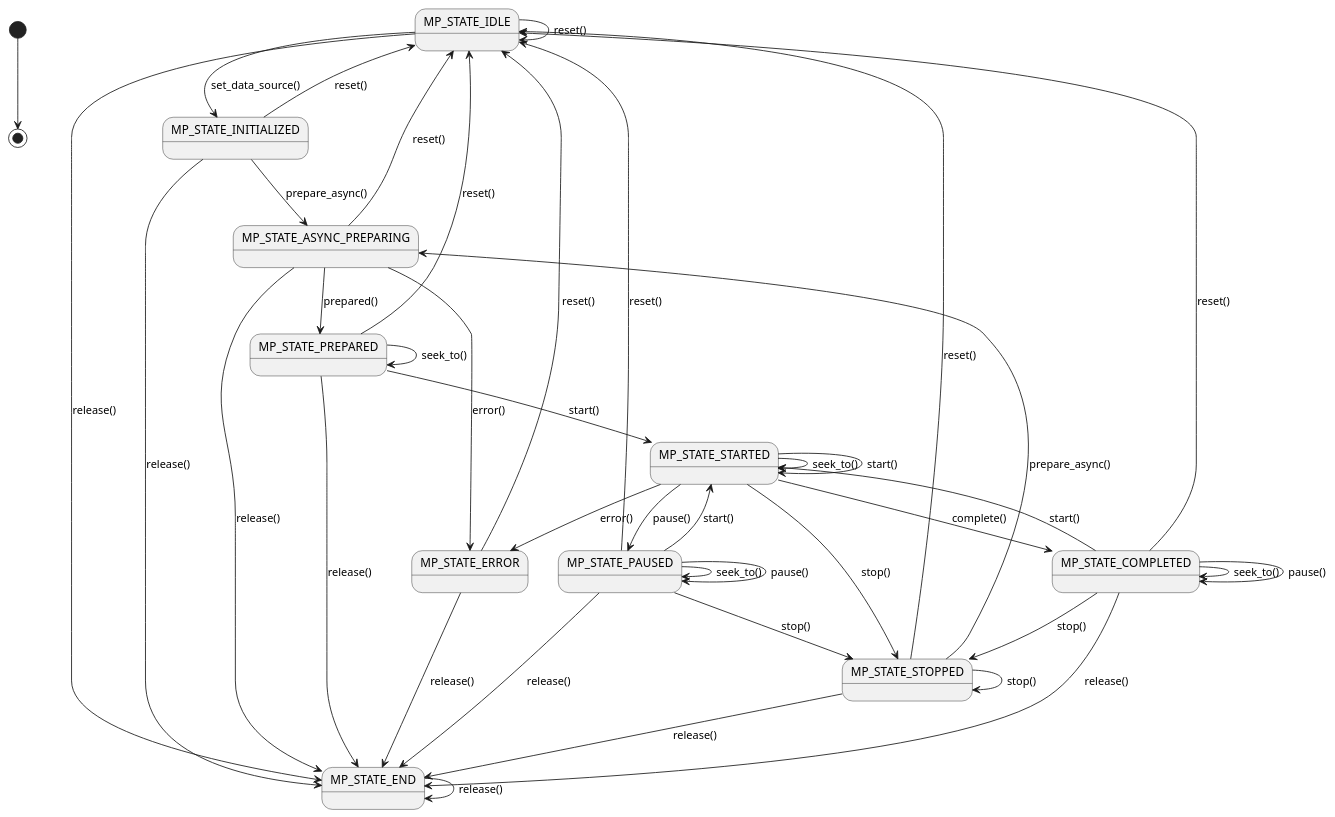
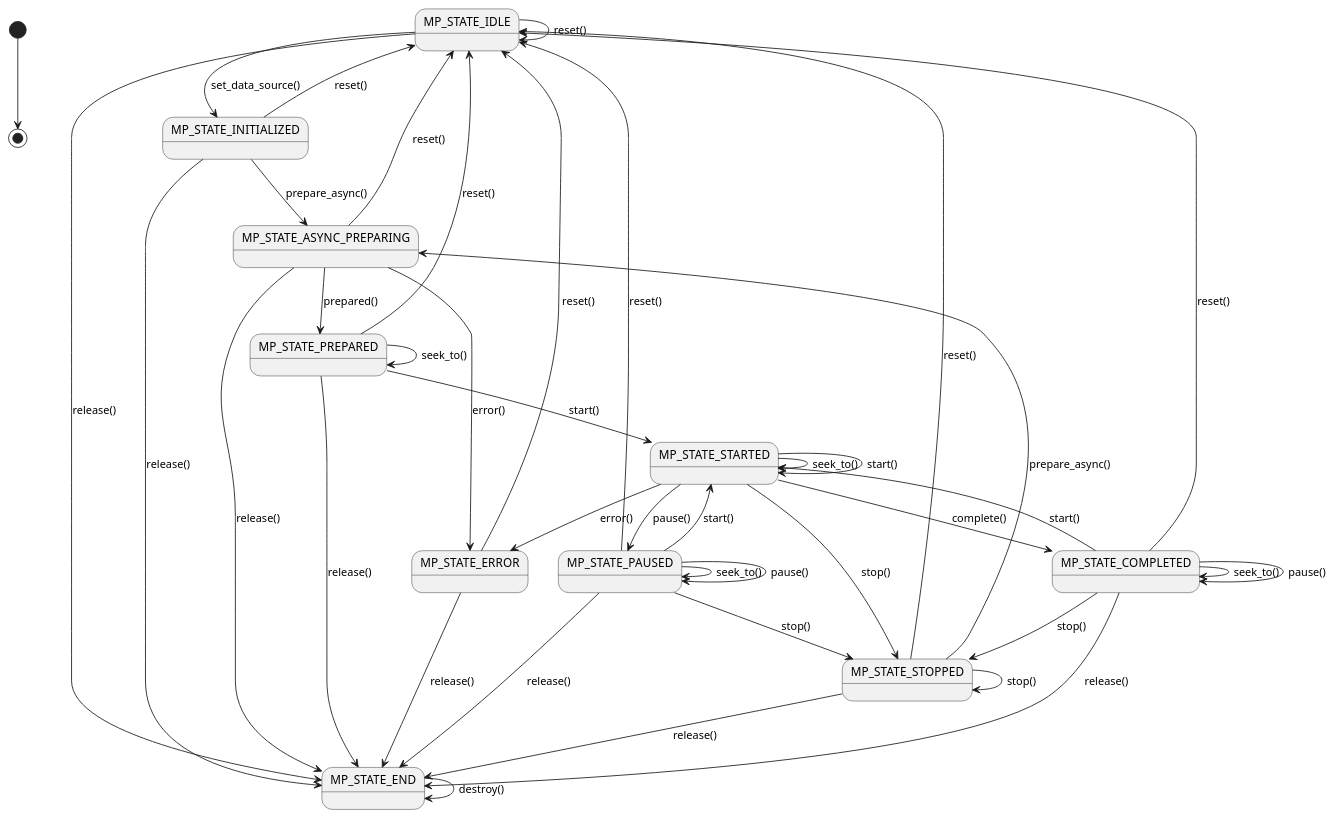
Before and after one commit to biezhihua/SMusic: the diagram in doc/IjkPlayer/State/ijkplayer-state.puml, drawn with PlantUML. The commit also changed 42 other files, not shown here.

```diff
--- a/doc/IjkPlayer/State/ijkplayer-state.puml
+++ b/doc/IjkPlayer/State/ijkplayer-state.puml
@@ -1,55 +1,55 @@
 @startuml
 
 [*] --> [*]
 
 MP_STATE_IDLE --> MP_STATE_INITIALIZED:set_data_source()
 MP_STATE_IDLE --> MP_STATE_IDLE:reset()
 MP_STATE_IDLE --> MP_STATE_END:release()
 
 MP_STATE_INITIALIZED --> MP_STATE_ASYNC_PREPARING:prepare_async()
 MP_STATE_INITIALIZED --> MP_STATE_IDLE:reset()
 MP_STATE_INITIALIZED --> MP_STATE_END:release()
 
 MP_STATE_ASYNC_PREPARING --> MP_STATE_PREPARED:prepared()
 MP_STATE_ASYNC_PREPARING --> MP_STATE_ERROR:error()
 MP_STATE_ASYNC_PREPARING --> MP_STATE_IDLE:reset()
 MP_STATE_ASYNC_PREPARING --> MP_STATE_END:release()
 
 MP_STATE_PREPARED --> MP_STATE_PREPARED:seek_to()
 MP_STATE_PREPARED --> MP_STATE_STARTED:start()
 MP_STATE_PREPARED --> MP_STATE_IDLE:reset()
 MP_STATE_PREPARED --> MP_STATE_END:release()
 
 MP_STATE_STARTED --> MP_STATE_STARTED:seek_to()
 MP_STATE_STARTED --> MP_STATE_STARTED:start()
 MP_STATE_STARTED --> MP_STATE_PAUSED:pause()
 MP_STATE_STARTED --> MP_STATE_STOPPED:stop()
 MP_STATE_STARTED --> MP_STATE_COMPLETED:complete()
 MP_STATE_STARTED --> MP_STATE_ERROR:error()
 
 MP_STATE_PAUSED --> MP_STATE_PAUSED:seek_to()
 MP_STATE_PAUSED --> MP_STATE_STARTED:start()
 MP_STATE_PAUSED --> MP_STATE_PAUSED:pause()
 MP_STATE_PAUSED --> MP_STATE_STOPPED:stop()
 MP_STATE_PAUSED --> MP_STATE_IDLE:reset()
 MP_STATE_PAUSED --> MP_STATE_END:release()
 
 MP_STATE_STOPPED --> MP_STATE_STOPPED:stop()
 MP_STATE_STOPPED --> MP_STATE_ASYNC_PREPARING:prepare_async()
 MP_STATE_STOPPED --> MP_STATE_IDLE:reset()
 MP_STATE_STOPPED --> MP_STATE_END:release()
 
 MP_STATE_COMPLETED --> MP_STATE_COMPLETED:seek_to()
 MP_STATE_COMPLETED --> MP_STATE_STARTED:start()
 MP_STATE_COMPLETED --> MP_STATE_COMPLETED:pause()
 MP_STATE_COMPLETED --> MP_STATE_STOPPED:stop()
 MP_STATE_COMPLETED --> MP_STATE_IDLE:reset()
 MP_STATE_COMPLETED --> MP_STATE_END:release()
 
 MP_STATE_ERROR --> MP_STATE_IDLE:reset()
 MP_STATE_ERROR --> MP_STATE_END:release()
 
-MP_STATE_END --> MP_STATE_END:release()
+MP_STATE_END --> MP_STATE_END:destroy()
 
 
 @enduml
```
